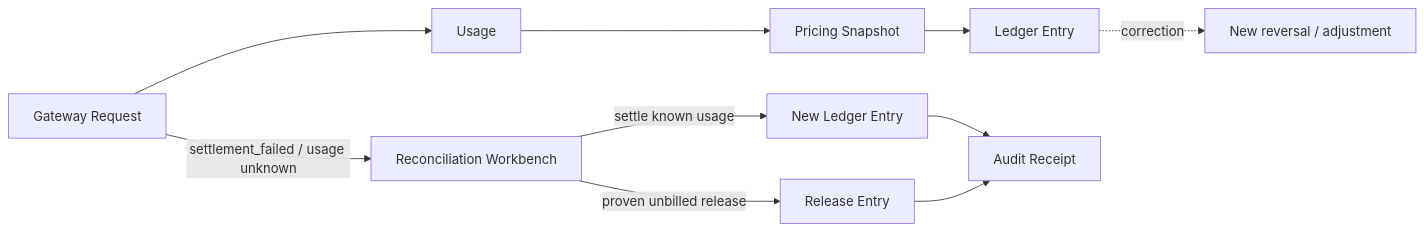
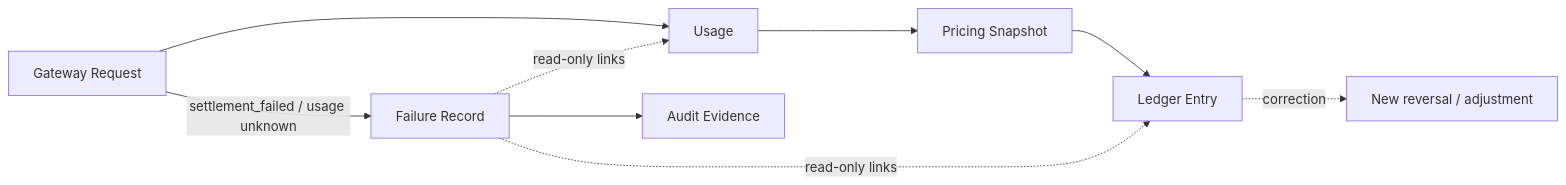
One commit to glide-the/dream-im-platform changed the seventh of 7 diagrams in docs/design/refine-admin-ui-v2-interaction-design.md. Above: the diagram before and after it, drawn with Mermaid. The commit also changed other lines of this file and 33 other files, not shown here.

````diff
--- a/docs/design/refine-admin-ui-v2-interaction-design.md
+++ b/docs/design/refine-admin-ui-v2-interaction-design.md
@@ -322,9 +323,9 @@
 ```mermaid
 flowchart LR
   GR["Gateway Request"] --> US["Usage"] --> PS["Pricing Snapshot"] --> LE["Ledger Entry"]
-  GR -->|"settlement_failed / usage unknown"| RC["Reconciliation Workbench"]
-  RC -->|"settle known usage"| NEW["New Ledger Entry"]
-  RC -->|"proven unbilled release"| REL["Release Entry"]
-  NEW & REL --> AUD["Audit Receipt"]
+  GR -->|"settlement_failed / usage unknown"| ER["Failure Record"]
+  ER --> AUD["Audit Evidence"]
+  ER -. "read-only links" .-> US
+  ER -. "read-only links" .-> LE
   LE -. "correction" .-> REV["New reversal / adjustment"]
 ```
````
